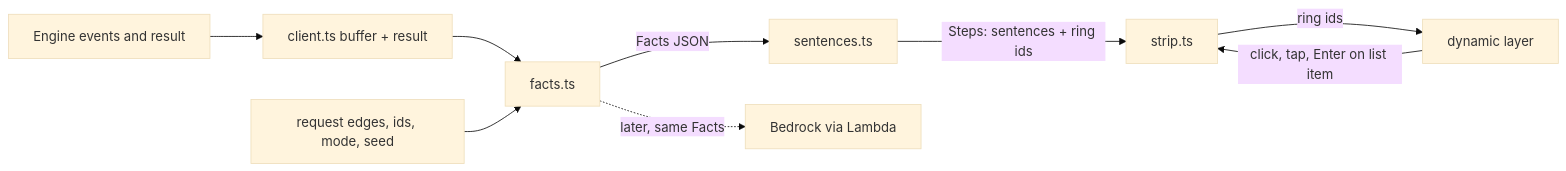
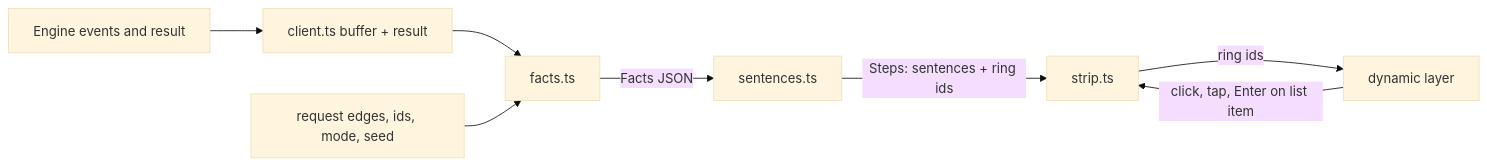
The diagram in .kiro/specs/tutor/design.md (AytugSahinkanat/AtomMap), drawn with Mermaid (base theme) before and after one commit. The commit also changed other lines of this file and 7 other files, not shown here.

````diff
--- a/.kiro/specs/tutor/design.md
+++ b/.kiro/specs/tutor/design.md
@@ -18,11 +18,10 @@
 ```mermaid
 flowchart LR
     ENG[Engine events and result] --> BUF[client.ts buffer + result]
     BUF --> F[facts.ts]
     REQ[request edges, ids, mode, seed] --> F
     F -->|Facts JSON| S[sentences.ts]
-    F -.->|later, same Facts| BED[Bedrock via Lambda]
     S -->|Steps: sentences + ring ids| ST[strip.ts]
     ST -->|ring ids| MAP[dynamic layer]
     MAP -->|click, tap, Enter on list item| ST
 ```
````
